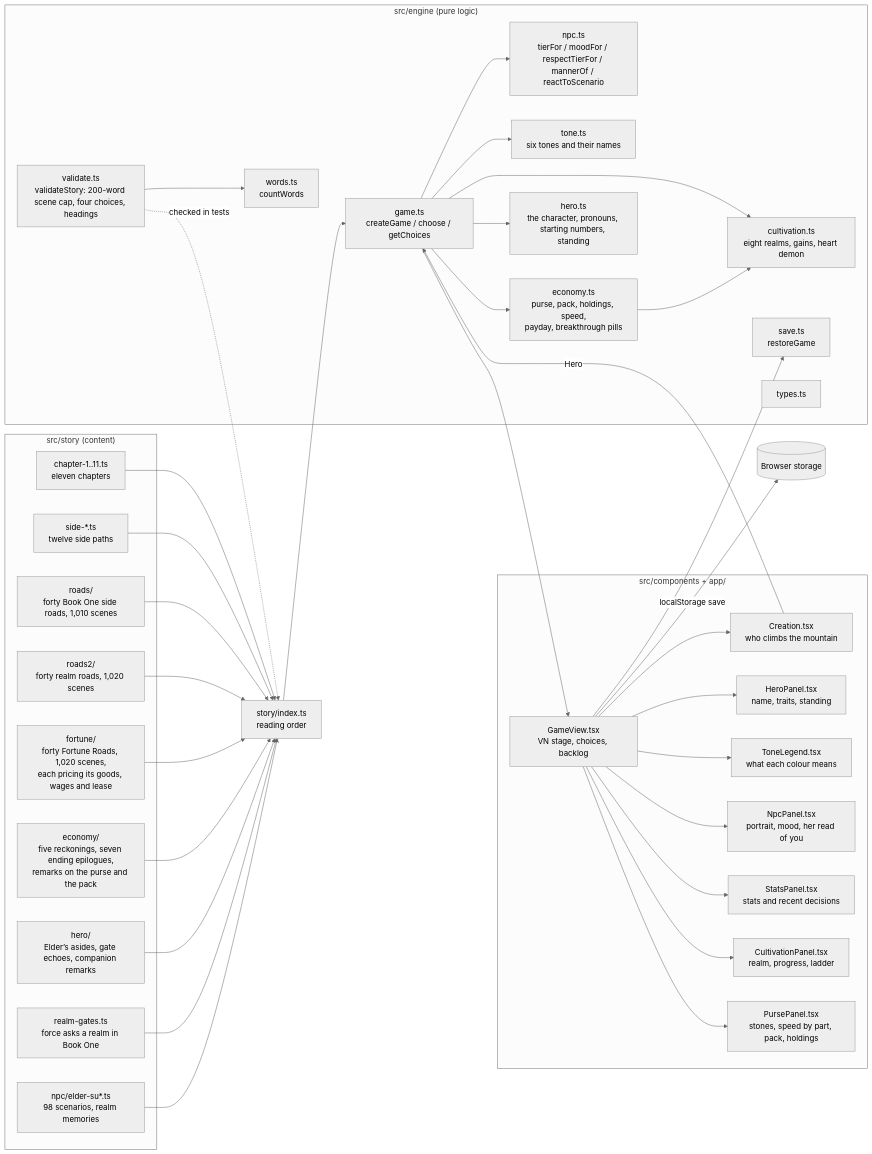
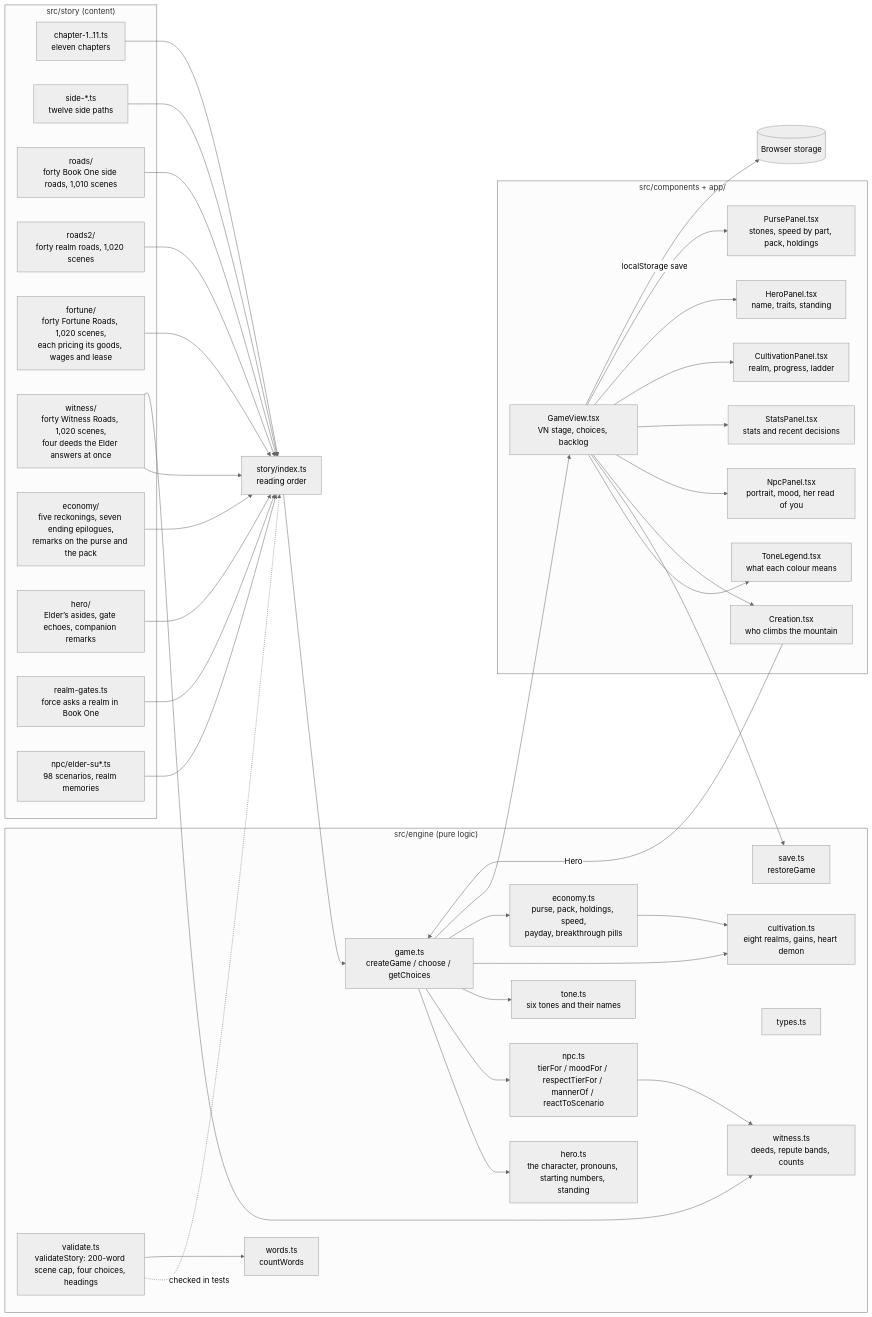
The first of 30 diagrams in docs/ARCHITECTURE.md (jgyy/nextxian), drawn with Mermaid (neutral theme) before and after one commit. The commit also changed other lines of this file and 65 other files, not shown here.

Commit message:
Witness Roads (1,020 scenes), a stage that holds still, a more reactive Elder, 42 plot holes (#12)

````diff
--- a/docs/ARCHITECTURE.md
+++ b/docs/ARCHITECTURE.md
@@ -5,53 +5,57 @@
 ```mermaid
 flowchart LR
   subgraph Story["src/story (content)"]
     C["chapter-1..11.ts<br/>eleven chapters"]
     SD["side-*.ts<br/>twelve side paths"]
     RD["roads/<br/>forty Book One side roads, 1,010 scenes"]
     R2["roads2/<br/>forty realm roads, 1,020 scenes"]
     FR["fortune/<br/>forty Fortune Roads, 1,020 scenes,<br/>each pricing its goods, wages and lease"]
+    WR["witness/<br/>forty Witness Roads, 1,020 scenes,<br/>four deeds the Elder answers at once"]
     EC["economy/<br/>five reckonings, seven ending epilogues,<br/>remarks on the purse and the pack"]
     HE["hero/<br/>Elder’s asides, gate echoes, companion remarks"]
     RG["realm-gates.ts<br/>force asks a realm in Book One"]
     NPC["npc/elder-su*.ts<br/>98 scenarios, realm memories"]
   end
   subgraph Engine["src/engine (pure logic)"]
     G["game.ts<br/>createGame / choose / getChoices"]
     N["npc.ts<br/>tierFor / moodFor / respectTierFor / mannerOf / reactToScenario"]
     TN["tone.ts<br/>six tones and their names"]
     CU["cultivation.ts<br/>eight realms, gains, heart demon"]
     EO["economy.ts<br/>purse, pack, holdings, speed,<br/>payday, breakthrough pills"]
     HR["hero.ts<br/>the character, pronouns, starting numbers, standing"]
     V["validate.ts<br/>validateStory: 200-word scene cap, four choices, headings"]
     SV["save.ts<br/>restoreGame"]
     W["words.ts<br/>countWords"]
     T["types.ts"]
+    WI["witness.ts<br/>deeds, repute bands, counts"]
   end
   subgraph UI["src/components + app/"]
     CR["Creation.tsx<br/>who climbs the mountain"]
     HP["HeroPanel.tsx<br/>name, traits, standing"]
     GV["GameView.tsx<br/>VN stage, choices, backlog"]
     TL["ToneLegend.tsx<br/>what each colour means"]
     NP["NpcPanel.tsx<br/>portrait, mood, her read of you"]
     SP["StatsPanel.tsx<br/>stats and recent decisions"]
     CP["CultivationPanel.tsx<br/>realm, progress, ladder"]
     PP["PursePanel.tsx<br/>stones, speed by part, pack, holdings"]
   end
-  C & SD & RD & R2 & FR & EC & HE & RG & NPC --> S["story/index.ts<br/>reading order"]
+  C & SD & RD & R2 & FR & WR & EC & HE & RG & NPC --> S["story/index.ts<br/>reading order"]
   S --> G
   G --> HR
+  N --> WI
+  WR --> WI
   G --> N
   G --> TN
   G --> CU
   G --> EO
   EO --> CU
   V -. checked in tests .-> S
   V --> W
   G --> GV
   GV --> TL
   GV --> SV
   GV --> CR
   CR -->|Hero| G
   GV --> NP & SP & CP & HP & PP
   GV -->|localStorage save| Storage[("Browser storage")]
 ```
````
